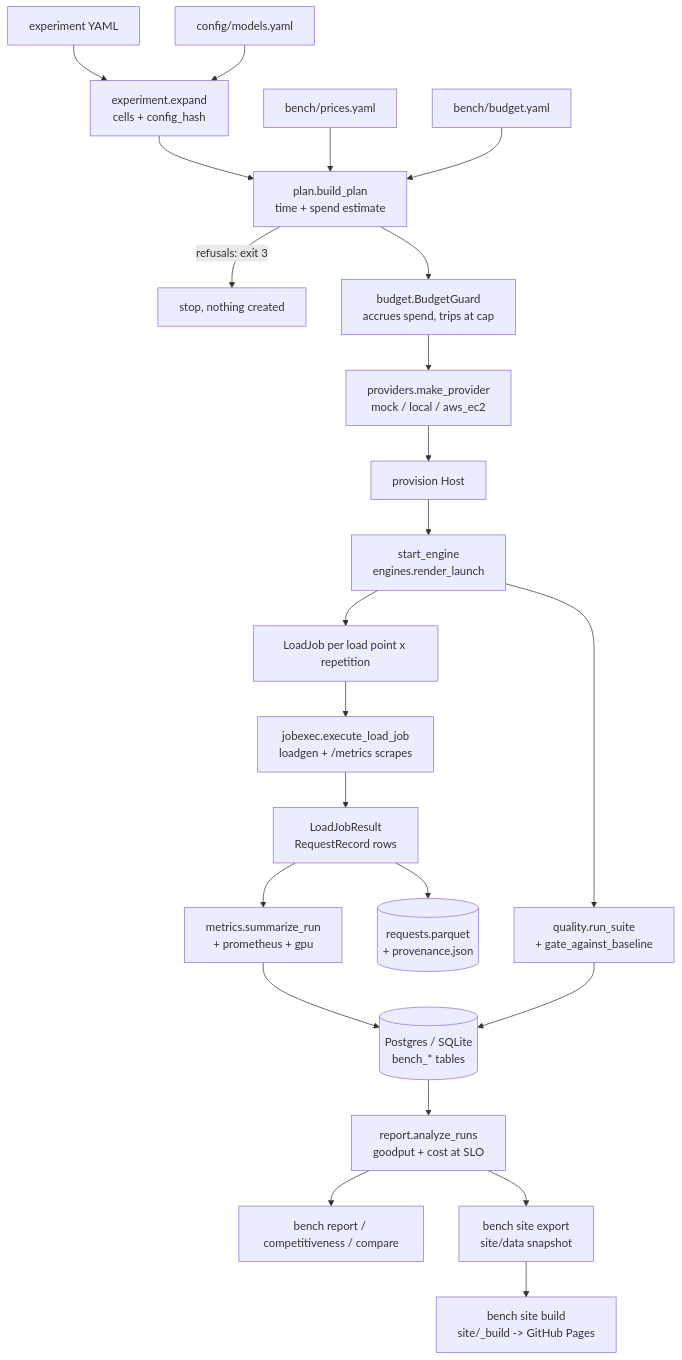
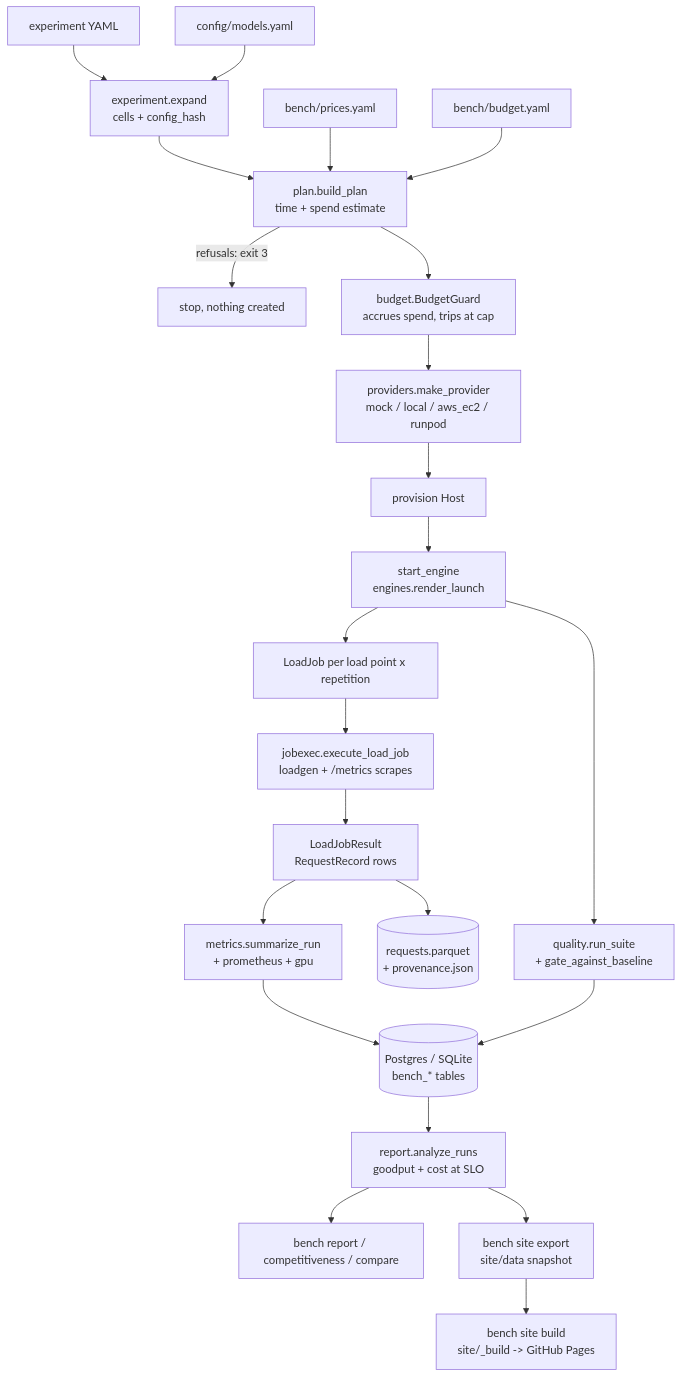
Before and after one commit to arulster17/loom: the diagram in docs/architecture.md, drawn with Mermaid. The commit also changed other lines of this file and 11 other files, not shown here.

````diff
--- a/docs/architecture.md
+++ b/docs/architecture.md
@@ -26,25 +26,25 @@
 ```mermaid
 flowchart TD
     Y[experiment YAML] --> E[experiment.expand<br/>cells + config_hash]
     R[config/models.yaml] --> E
     E --> P[plan.build_plan<br/>time + spend estimate]
     PR[bench/prices.yaml] --> P
     B[bench/budget.yaml] --> P
     P -->|refusals: exit 3| X[stop, nothing created]
     P --> G[budget.BudgetGuard<br/>accrues spend, trips at cap]
-    G --> V[providers.make_provider<br/>mock / local / aws_ec2]
+    G --> V[providers.make_provider<br/>mock / local / aws_ec2 / runpod]
     V --> H[provision Host]
     H --> S[start_engine<br/>engines.render_launch]
     S --> J[LoadJob per load point x repetition]
     J --> X2[jobexec.execute_load_job<br/>loadgen + /metrics scrapes]
     X2 --> RS[LoadJobResult<br/>RequestRecord rows]
     RS --> M[metrics.summarize_run<br/>+ prometheus + gpu]
     M --> DB[(Postgres / SQLite<br/>bench_* tables)]
     RS --> PQ[(requests.parquet<br/>+ provenance.json)]
     S --> Q[quality.run_suite<br/>+ gate_against_baseline]
     Q --> DB
     DB --> A[report.analyze_runs<br/>goodput + cost at SLO]
     A --> L[bench report / competitiveness / compare]
     A --> SX[bench site export<br/>site/data snapshot]
     SX --> SB[bench site build<br/>site/_build -> GitHub Pages]
 ```
````
